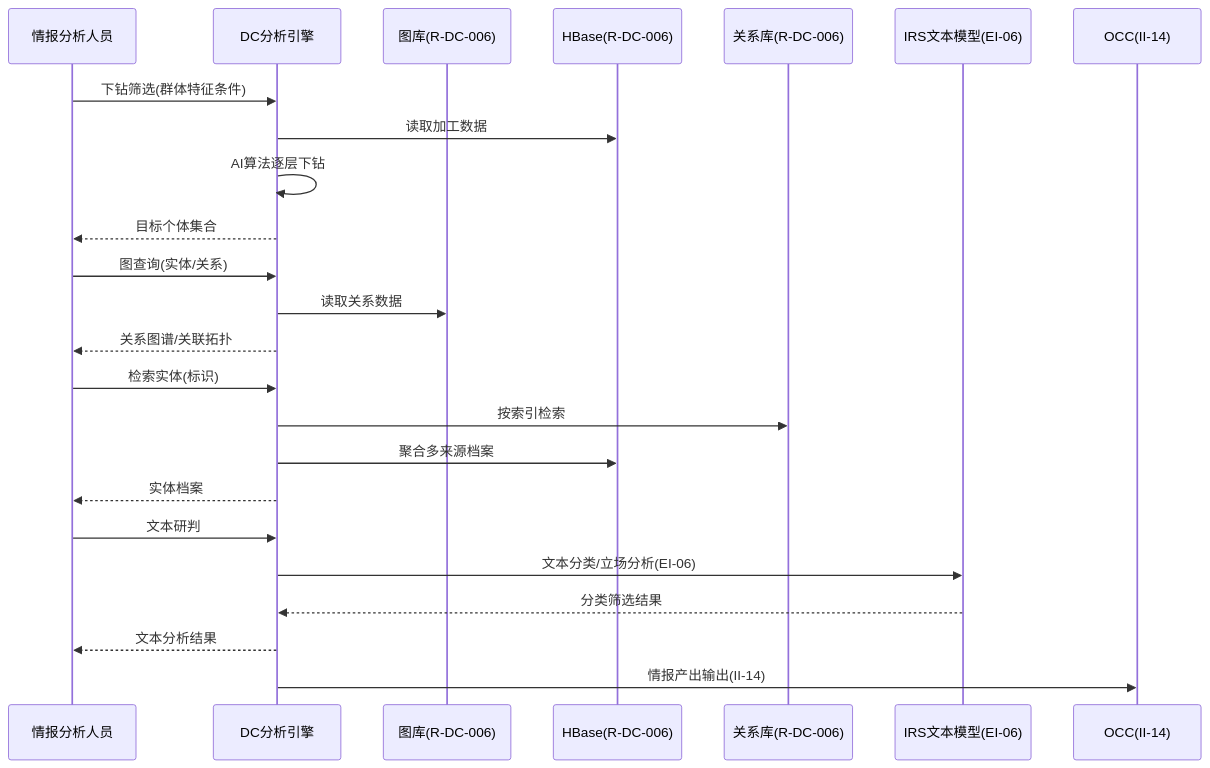
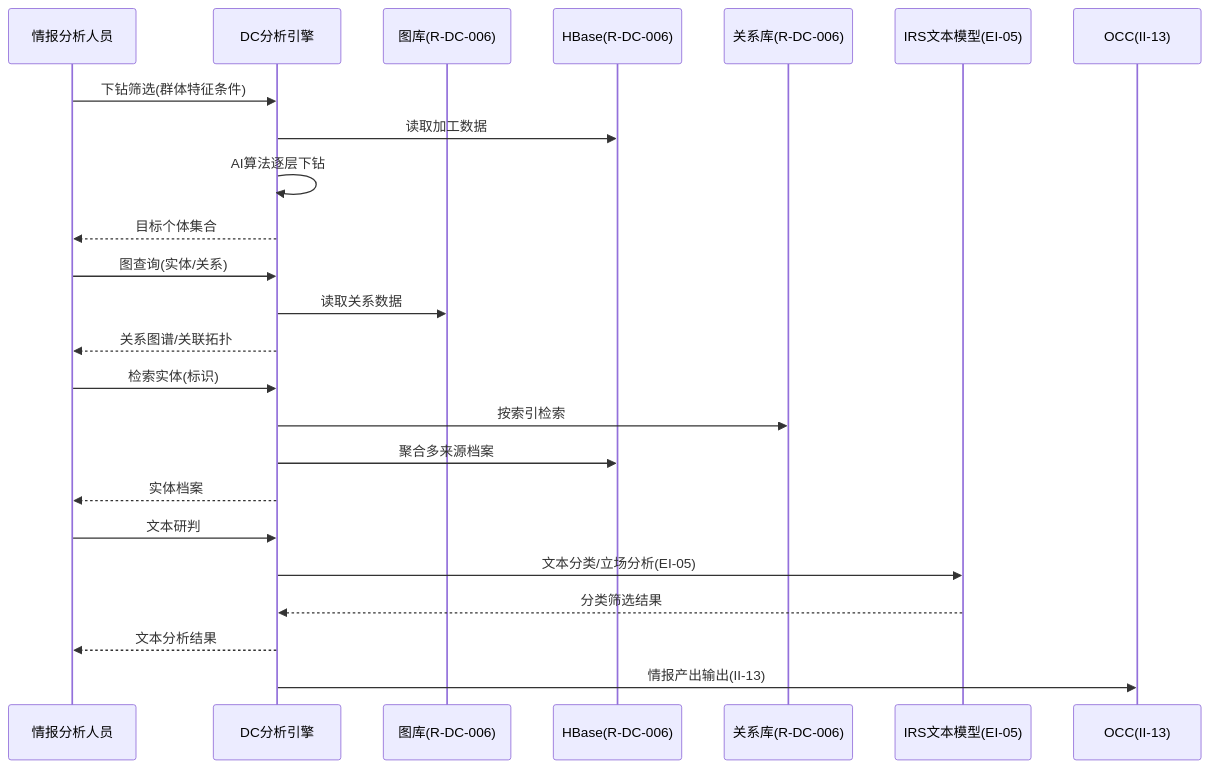
The sixth of 15 diagrams in 公司项目/认知作战/文档/软件需求规格说明.md (Sj-g/obsidian), drawn with Mermaid before and after one commit. The commit also changed other lines of this file, not shown here.

````diff
--- a/公司项目/认知作战/文档/软件需求规格说明.md
+++ b/公司项目/认知作战/文档/软件需求规格说明.md
@@ -577,26 +577,26 @@
 ```mermaid
 sequenceDiagram
   participant 分析员 as 情报分析人员
   participant DC as DC分析引擎
   participant GB as 图库(R-DC-006)
   participant HB as HBase(R-DC-006)
   participant RL as 关系库(R-DC-006)
-  participant IRS as IRS文本模型(EI-06)
-  participant OCC as OCC(II-14)
+  participant IRS as IRS文本模型(EI-05)
+  participant OCC as OCC(II-13)
   分析员->>DC: 下钻筛选(群体特征条件)
   DC->>HB: 读取加工数据
   DC->>DC: AI算法逐层下钻
   DC-->>分析员: 目标个体集合
   分析员->>DC: 图查询(实体/关系)
   DC->>GB: 读取关系数据
   DC-->>分析员: 关系图谱/关联拓扑
   分析员->>DC: 检索实体(标识)
   DC->>RL: 按索引检索
   DC->>HB: 聚合多来源档案
   DC-->>分析员: 实体档案
   分析员->>DC: 文本研判
-  DC->>IRS: 文本分类/立场分析(EI-06)
+  DC->>IRS: 文本分类/立场分析(EI-05)
   IRS-->>DC: 分类筛选结果
   DC-->>分析员: 文本分析结果
-  DC->>OCC: 情报产出输出(II-14)
+  DC->>OCC: 情报产出输出(II-13)
 ```
````
